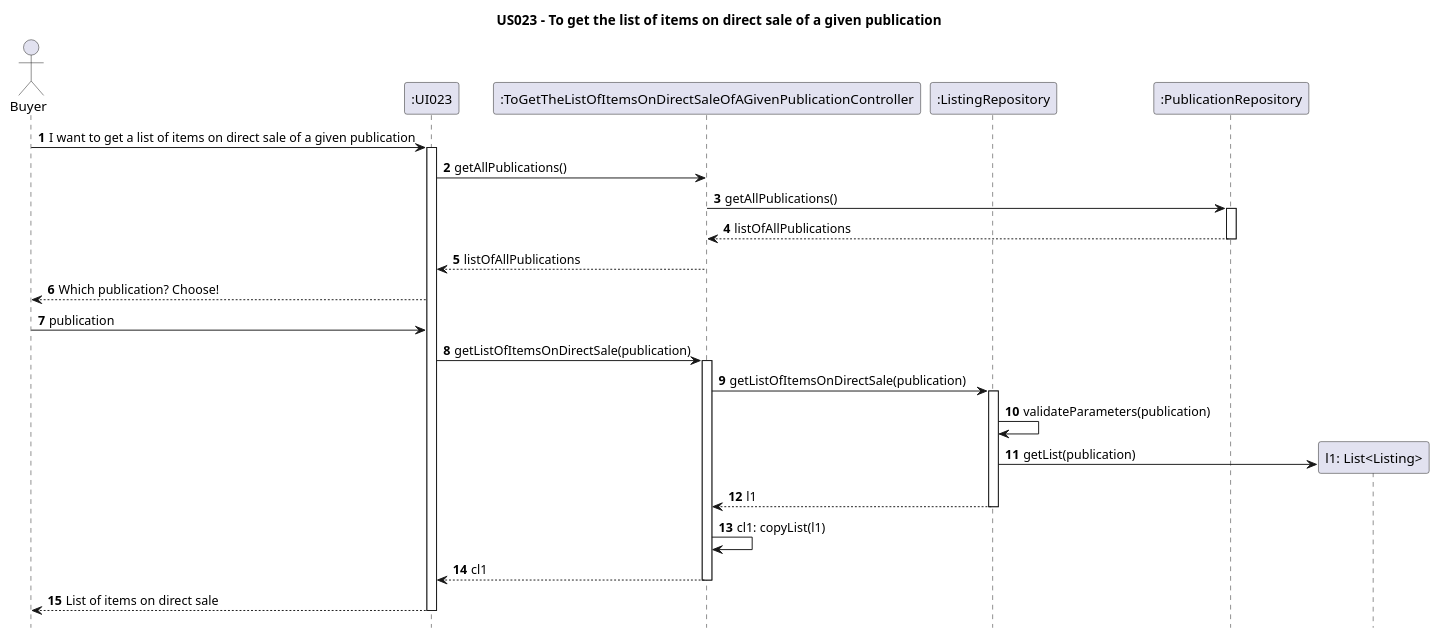
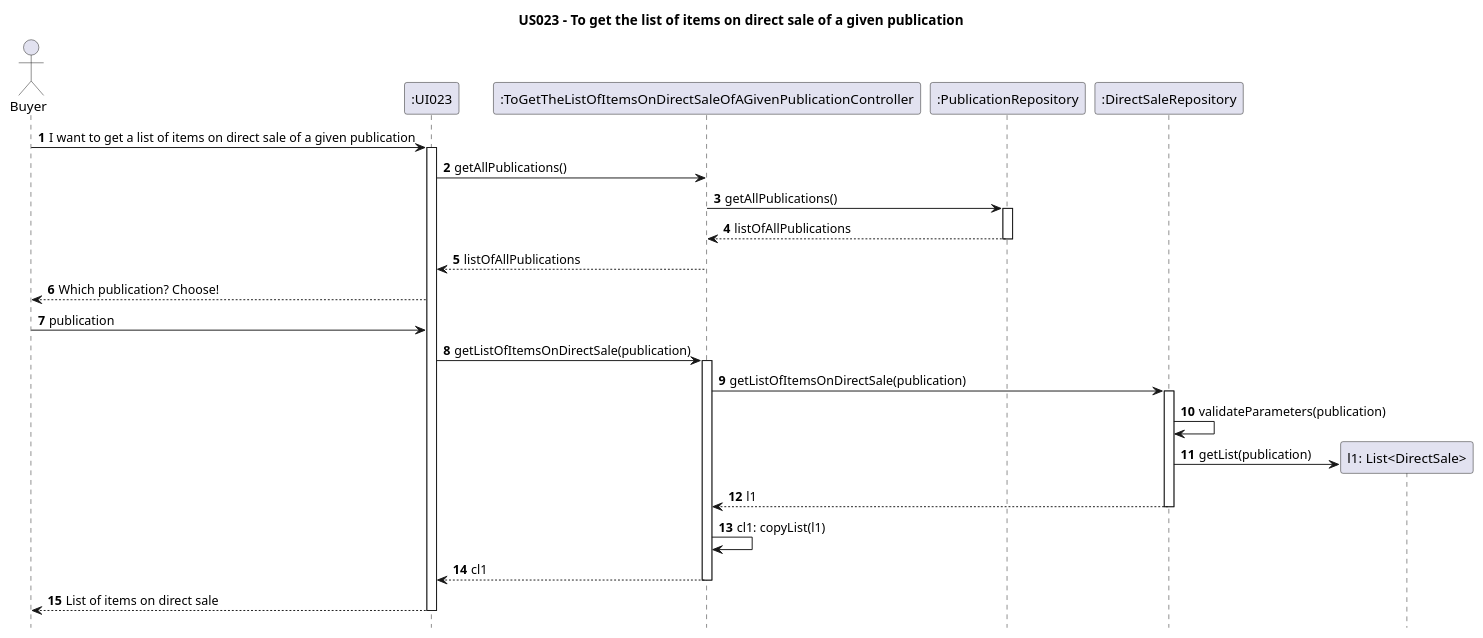
The diagram in Diagrams/SequenceDiagrams/N2/US023-to-get-the-list-of-items-on-direct-sale-of-a-given-publication.puml (AndrePereiraGitH/SWitCH-Project-Team_A), drawn with PlantUML before and after one commit. The commit also changed 1 other file, not shown here.

```diff
--- a/Diagrams/SequenceDiagrams/N2/US023-to-get-the-list-of-items-on-direct-sale-of-a-given-publication.puml
+++ b/Diagrams/SequenceDiagrams/N2/US023-to-get-the-list-of-items-on-direct-sale-of-a-given-publication.puml
@@ -1,67 +1,60 @@
 @startuml
 
 hide footbox
 autonumber
 title US023 - To get the list of items on direct sale of a given publication
 
-' box #WhiteSmoke
 actor Buyer
+
+' Participants
 participant ":UI023" as UI023
-' end box
-
-' box "Controller" #LightBlue
 participant ":ToGetTheListOfItemsOnDirectSaleOfAGivenPublicationController" as ToGetTheListOfItemsOnDirectSaleOfAGivenPublicationController
-' end box
-
-' box "Persistence" #LightGrey
-participant ":ListingRepository" as ListingRepository
-' end box
-
 participant ":PublicationRepository" as PublicationRepository
+participant ":DirectSaleRepository" as DirectSaleRepository
 
 Buyer -> UI023 : I want to get a list of items on direct sale of a given publication
 activate UI023
 UI023 -> ToGetTheListOfItemsOnDirectSaleOfAGivenPublicationController : getAllPublications()
 ToGetTheListOfItemsOnDirectSaleOfAGivenPublicationController -> PublicationRepository: getAllPublications()
 activate PublicationRepository
 PublicationRepository --> ToGetTheListOfItemsOnDirectSaleOfAGivenPublicationController: listOfAllPublications
 deactivate PublicationRepository
 ToGetTheListOfItemsOnDirectSaleOfAGivenPublicationController --> UI023 : listOfAllPublications
 Buyer <-- UI023 : Which publication? Choose!
 Buyer -> UI023 : publication
 
 ' UI023 -> ToGetTheListOfItemsOnDirectSaleOfAGivenPublicationController : **4** getListOfItems(typeOfSale, publication)
 UI023 -> ToGetTheListOfItemsOnDirectSaleOfAGivenPublicationController : getListOfItemsOnDirectSale(publication)
 activate ToGetTheListOfItemsOnDirectSaleOfAGivenPublicationController
 
-' ToGetTheListOfItemsOnDirectSaleOfAGivenPublicationController -> ListingRepository : **3** getListOfItems(typeOfSale, publication)
-ToGetTheListOfItemsOnDirectSaleOfAGivenPublicationController -> ListingRepository : getListOfItemsOnDirectSale(publication)
-activate ListingRepository
+' ToGetTheListOfItemsOnDirectSaleOfAGivenPublicationController -> DirectSaleRepository : **3** getListOfItems(typeOfSale, publication)
+ToGetTheListOfItemsOnDirectSaleOfAGivenPublicationController -> DirectSaleRepository : getListOfItemsOnDirectSale(publication)
+activate DirectSaleRepository
 
 ' ItemRepository -> ItemRepository : **4** convertStringToEnum(typeOfSale, publication)
 
-' ListingRepository -> ListingRepository : **4** validateParameters(typeOfSale, publication)
-ListingRepository -> ListingRepository : validateParameters(publication)
+' DirectSaleRepository -> DirectSaleRepository : **4** validateParameters(typeOfSale, publication)
+DirectSaleRepository -> DirectSaleRepository : validateParameters(publication)
 
 ' box "Domain" #LightYellow
-create "l1: List<Listing>" as Listing
-' ListingRepository -> Item : **5** createList(typeOfSale, publication)
-ListingRepository -> Listing : getList(publication)
+create "l1: List<DirectSale>" as DirectSale
+' DirectSaleRepository -> Item : **5** createList(typeOfSale, publication)
+DirectSaleRepository -> DirectSale : getList(publication)
 ' end box
 
-' ListingRepository --> ToGetTheListOfItemsOnDirectSaleOfAGivenPublicationController : **6** List<Item> items
-ListingRepository --> ToGetTheListOfItemsOnDirectSaleOfAGivenPublicationController : l1
-deactivate ListingRepository
+' DirectSaleRepository --> ToGetTheListOfItemsOnDirectSaleOfAGivenPublicationController : **6** List<Item> items
+DirectSaleRepository --> ToGetTheListOfItemsOnDirectSaleOfAGivenPublicationController : l1
+deactivate DirectSaleRepository
 
 ' ToGetTheListOfItemsOnDirectSaleOfAGivenPublicationController -> ToGetTheListOfItemsOnDirectSaleOfAGivenPublicationController : **7** copyList(items)
 ToGetTheListOfItemsOnDirectSaleOfAGivenPublicationController -> ToGetTheListOfItemsOnDirectSaleOfAGivenPublicationController : cl1: copyList(l1)
 
 'ToGetTheListOfItemsOnDirectSaleOfAGivenPublicationController --> UI023 : **8** List<copyItems> (copyItems)
 ToGetTheListOfItemsOnDirectSaleOfAGivenPublicationController --> UI023 : cl1
 deactivate ToGetTheListOfItemsOnDirectSaleOfAGivenPublicationController
 
 'UI023 --> Buyer : **9** List<copyItems> (copyItems)'
 UI023 --> Buyer : List of items on direct sale
 deactivate UI023
 
 @enduml
```
